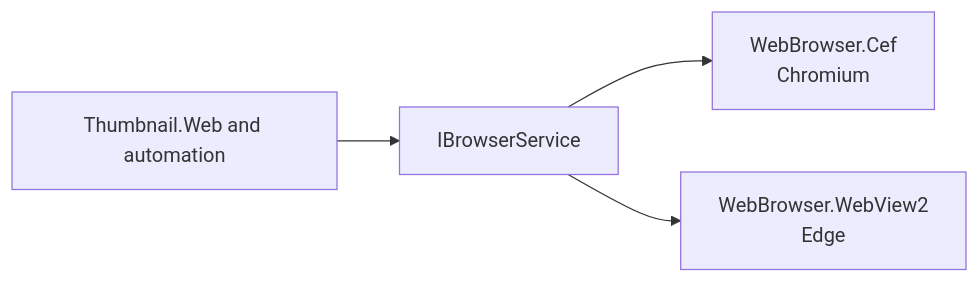
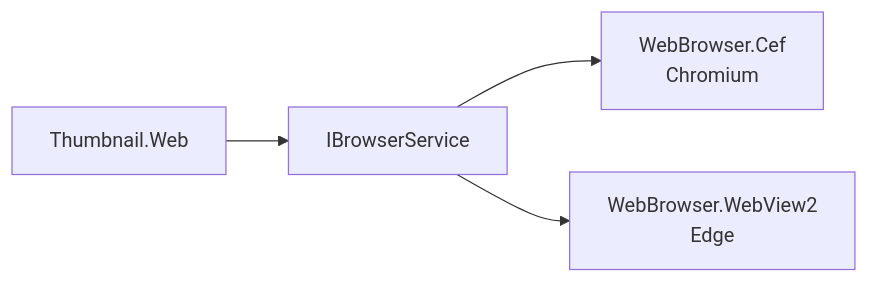
One commit to dosh1974/SysWeaver changed the diagram in SysWeaver.WebBrowser/README.md. Above: the diagram before and after it, drawn with Mermaid. The commit also changed other lines of this file and 532 other files, not shown here.

````diff
--- a/SysWeaver.WebBrowser/README.md
+++ b/SysWeaver.WebBrowser/README.md
@@ -14,6 +18,6 @@
 ```mermaid
 flowchart LR
-  Consumers["Thumbnail.Web and automation"] --> IBS["IBrowserService"]
+  Consumers["Thumbnail.Web"] --> IBS["IBrowserService"]
   IBS --> Cef["WebBrowser.Cef<br/>Chromium"]
   IBS --> WV["WebBrowser.WebView2<br/>Edge"]
 ```
````
